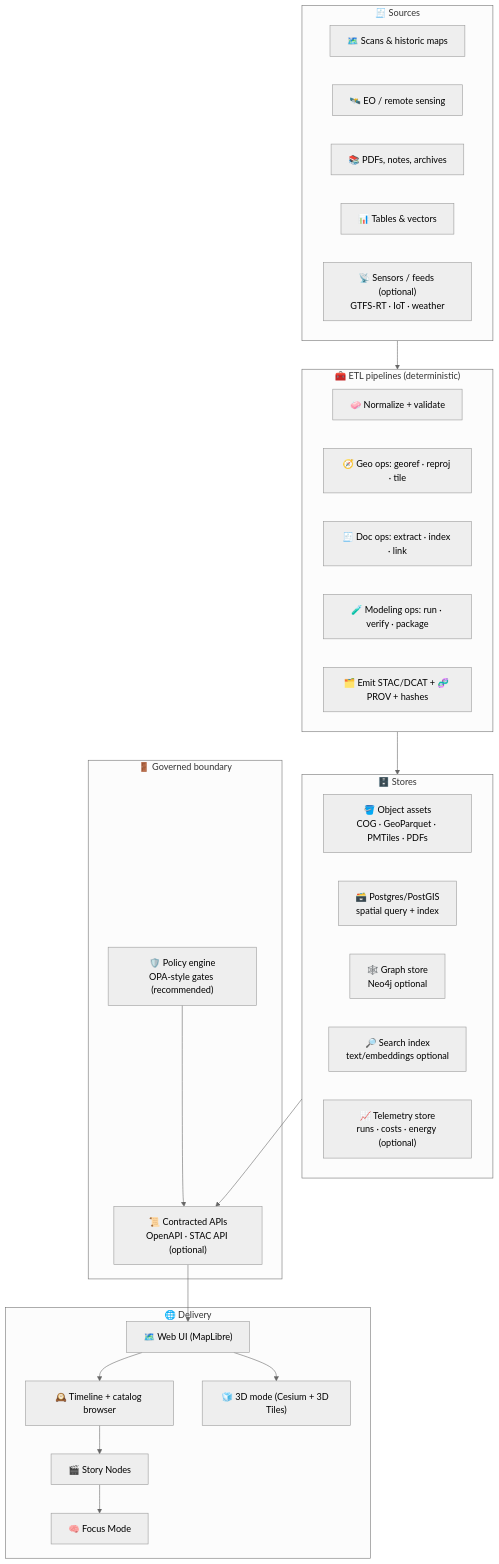
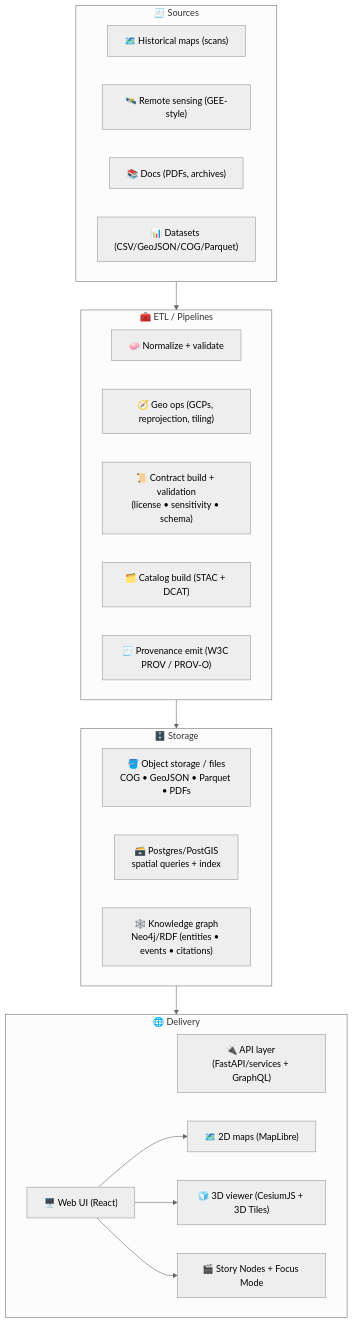
The fourth of 5 diagrams in web/README.md (bartytime4life/Kansas-Frontier-Matrix), drawn with Mermaid (neutral theme) before and after one commit. The commit also changed other lines of this file, not shown here.

````diff
--- a/web/README.md
+++ b/web/README.md
@@ -314,45 +347,36 @@
 ```mermaid
 flowchart TB
   subgraph Sources["🧾 Sources"]
-    A["🗺️ Scans & historic maps"]
-    B["🛰️ EO / remote sensing"]
-    C["📚 PDFs, notes, archives"]
-    D["📊 Tables & vectors"]
-    E["📡 Sensors / feeds (optional)<br/>GTFS-RT · IoT · weather"]
+    A["🗺️ Historical maps (scans)"]
+    B["🛰️ Remote sensing (GEE-style)"]
+    C["📚 Docs (PDFs, archives)"]
+    D["📊 Datasets (CSV/GeoJSON/COG/Parquet)"]
   end
 
-  subgraph Pipelines["🧰 ETL pipelines (deterministic)"]
-    F["🧼 Normalize + validate"]
-    G["🧭 Geo ops: georef · reproj · tile"]
-    H["🧾 Doc ops: extract · index · link"]
-    I["🧪 Modeling ops: run · verify · package"]
-    J["🗂️ Emit STAC/DCAT + 🧬 PROV + hashes"]
+  subgraph Pipelines["🧰 ETL / Pipelines"]
+    E["🧼 Normalize + validate"]
+    F["🧭 Geo ops (GCPs, reprojection, tiling)"]
+    DC["📜 Contract build + validation<br/>(license • sensitivity • schema)"]
+    G["🗂️ Catalog build (STAC + DCAT)"]
+    H["🧾 Provenance emit (W3C PROV / PROV-O)"]
   end
 
-  subgraph Stores["🗄️ Stores"]
-    K["🪣 Object assets<br/>COG · GeoParquet · PMTiles · PDFs"]
-    L["🗃️ Postgres/PostGIS<br/>spatial query + index"]
-    M["🕸️ Graph store<br/>Neo4j optional"]
-    N["🔎 Search index<br/>text/embeddings optional"]
-    O["📈 Telemetry store<br/>runs · costs · energy (optional)"]
+  subgraph Storage["🗄️ Storage"]
+    I["🪣 Object storage / files<br/>COG • GeoJSON • Parquet • PDFs"]
+    J["🗃️ Postgres/PostGIS<br/>spatial queries + index"]
+    K["🕸️ Knowledge graph<br/>Neo4j/RDF (entities • events • citations)"]
   end
 
-  subgraph Boundary["🚪 Governed boundary"]
-    P["📜 Contracted APIs<br/>OpenAPI · STAC API (optional)"]
-    Q["🛡️ Policy engine<br/>OPA-style gates (recommended)"]
+  subgraph Delivery["🌐 Delivery"]
+    L["🔌 API layer (FastAPI/services + GraphQL)"]
+    M["🖥️ Web UI (React)"]
+    N["🗺️ 2D maps (MapLibre)"]
+    O["🧊 3D viewer (CesiumJS + 3D Tiles)"]
+    P["🎬 Story Nodes + Focus Mode"]
   end
 
-  subgraph UX["🌐 Delivery"]
-    R["🗺️ Web UI (MapLibre)"]
-    S["🕰️ Timeline + catalog browser"]
-    T["🧊 3D mode (Cesium + 3D Tiles)"]
-    U["🎬 Story Nodes"]
-    V["🧠 Focus Mode"]
-  end
-
-  Sources --> Pipelines --> Stores
-  Stores --> P
-  Q --> P
-  P --> R --> S --> U --> V
-  R --> T
+  Sources --> Pipelines --> Storage --> Delivery
+  M --> N
+  M --> O
+  M --> P
 ```
````
